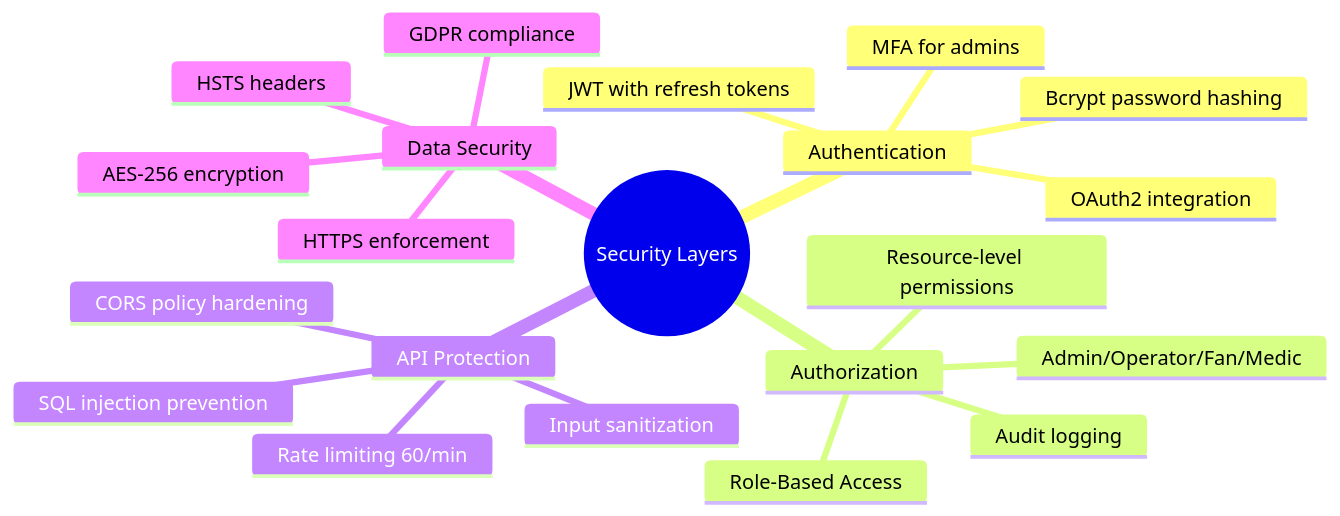
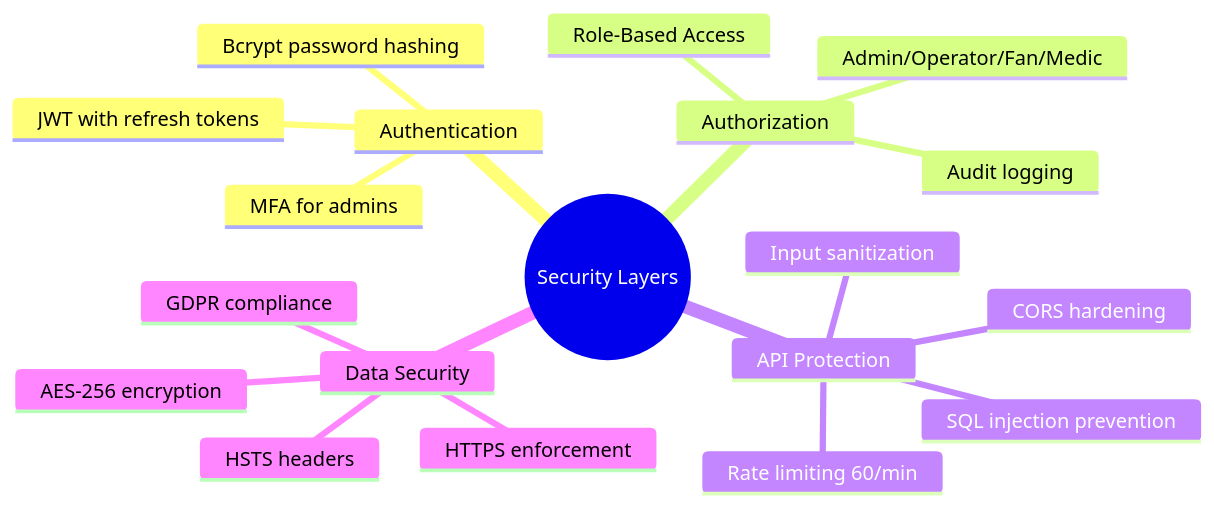
Diagram 20 of 22 in README.md (Riya-davra04/StadiumGPT-AI-Stadium-Assistant), drawn with Mermaid before and after one commit. The commit also changed other lines of this file, not shown here.

````diff
--- a/README.md
+++ b/README.md
@@ -895,24 +938,22 @@
 ```mermaid
 mindmap
   root((Security Layers))
     Authentication
       JWT with refresh tokens
       Bcrypt password hashing
       MFA for admins
-      OAuth2 integration
     Authorization
       Role-Based Access
       Admin/Operator/Fan/Medic
-      Resource-level permissions
       Audit logging
     API Protection
       Rate limiting 60/min
       Input sanitization
       SQL injection prevention
-      CORS policy hardening
+      CORS hardening
     Data Security
       AES-256 encryption
       HTTPS enforcement
       HSTS headers
       GDPR compliance
 ```
````
